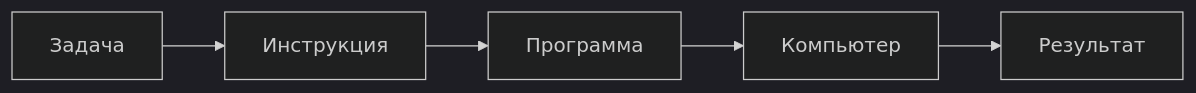
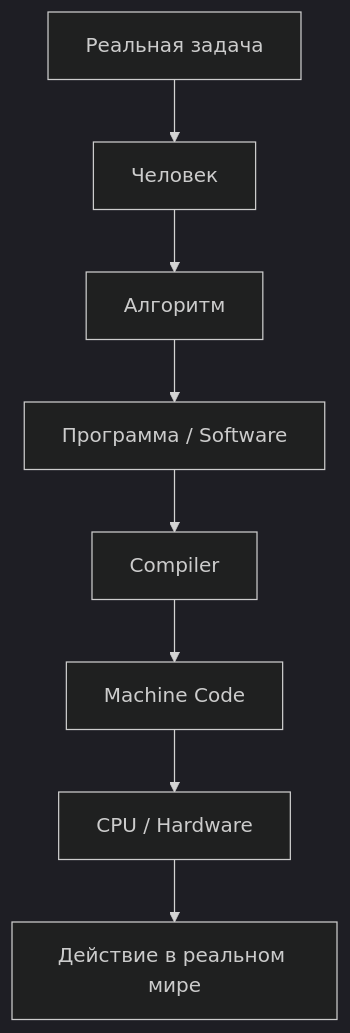
Before and after one commit to vil4engineering/univer: the first of 2 diagrams in fundamentals/what-is-programming/README.md, drawn with Mermaid (dark theme). The commit also changed other lines of this file and 28 other files, not shown here.

````diff
--- a/fundamentals/what-is-programming/README.md
+++ b/fundamentals/what-is-programming/README.md
@@ -48,7 +95,10 @@
 ```mermaid
-flowchart LR
-  T[Задача] --> I[Инструкция]
-  I --> P[Программа]
-  P --> C[Компьютер]
-  C --> R[Результат]
+flowchart TB
+  R[Реальная задача] --> H[Человек]
+  H --> A[Алгоритм]
+  A --> P[Программа / Software]
+  P --> C[Compiler]
+  C --> M[Machine Code]
+  M --> CPU[CPU / Hardware]
+  CPU --> W[Действие в реальном мире]
 ```
````
